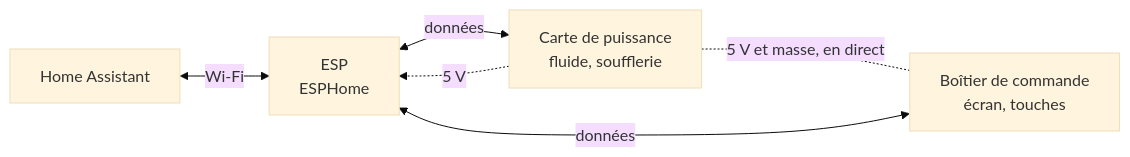
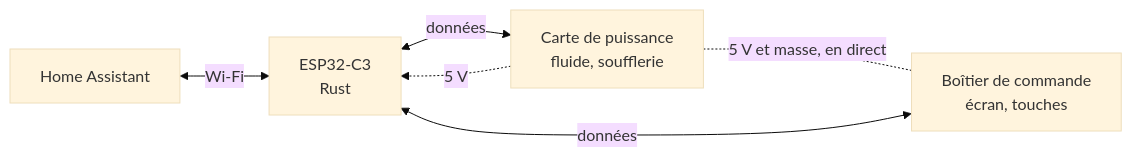
Before and after one commit to Plokkke/sauter-marapi-esphome: the diagram in README.md, drawn with Mermaid (base theme). The commit also changed other lines of this file and 24 other files, not shown here.

````diff
--- a/README.md
+++ b/README.md
@@ -33,8 +33,8 @@
 ```mermaid
 flowchart LR
-  HA[Home Assistant] <-- Wi-Fi --> C3[ESP<br>ESPHome]
+  HA[Home Assistant] <-- Wi-Fi --> C3[ESP32-C3<br>Rust]
   CMD[Boîtier de commande<br>écran, touches] <-- données --> C3
   C3 <-- données --> PWR[Carte de puissance<br>fluide, soufflerie]
   PWR -. 5 V et masse, en direct .- CMD
   PWR -. 5 V .-> C3
 ```
````
